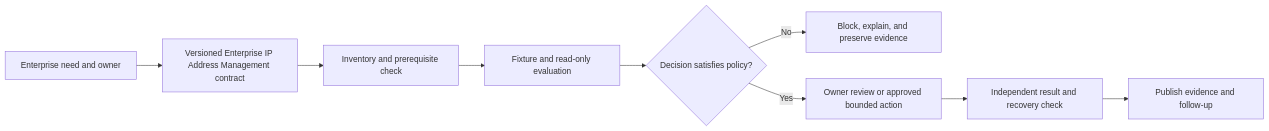
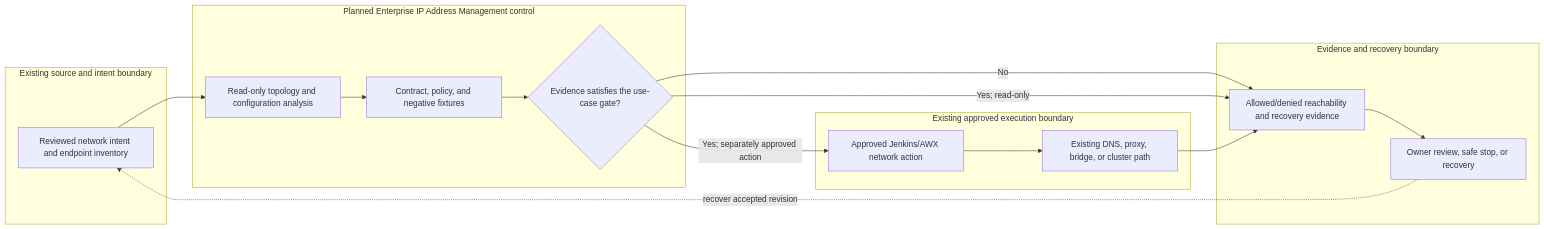
Before and after one commit to MIDHTECH/enterprise-architecture-docs: the diagram in docs/use-cases/network/UC-NET-002-enterprise-ip-address-management.md, drawn with Mermaid. The commit also changed other lines of this file and 227 other files, not shown here.

Commit message:
Deepen architecture for all use case designs

````diff
--- a/docs/use-cases/network/UC-NET-002-enterprise-ip-address-management.md
+++ b/docs/use-cases/network/UC-NET-002-enterprise-ip-address-management.md
@@ -136,11 +129,25 @@
 ```mermaid
 flowchart LR
-    Need["Enterprise need and owner"] --> Contract["Versioned Enterprise IP Address Management contract"]
-    Contract --> Preflight["Inventory and prerequisite check"]
-    Preflight --> Evaluate["Fixture and read-only evaluation"]
-    Evaluate --> Decision{"Decision satisfies policy?"}
-    Decision -->|No| Stop["Block, explain, and preserve evidence"]
-    Decision -->|Yes| Review["Owner review or approved bounded action"]
-    Review --> Verify["Independent result and recovery check"]
-    Verify --> Publish["Publish evidence and follow-up"]
+    subgraph Source["Existing source and intent boundary"]
+        A["Reviewed network intent and endpoint inventory"]
+    end
+    subgraph Planned["Planned Enterprise IP Address Management control"]
+        B["Read-only topology and configuration analysis"]
+        C["Contract, policy, and negative fixtures"]
+        D{"Evidence satisfies the use-case gate?"}
+    end
+    subgraph Runtime["Existing approved execution boundary"]
+        E["Approved Jenkins/AWX network action"]
+        F["Existing DNS, proxy, bridge, or cluster path"]
+    end
+    subgraph Assurance["Evidence and recovery boundary"]
+        G["Allowed/denied reachability and recovery evidence"]
+        H["Owner review, safe stop, or recovery"]
+    end
+
+    A --> B --> C --> D
+    D -->|No| G --> H
+    D -->|Yes; read-only| G
+    D -->|Yes; separately approved action| E --> F --> G
+    H -. recover accepted revision .-> A
 ```
````
